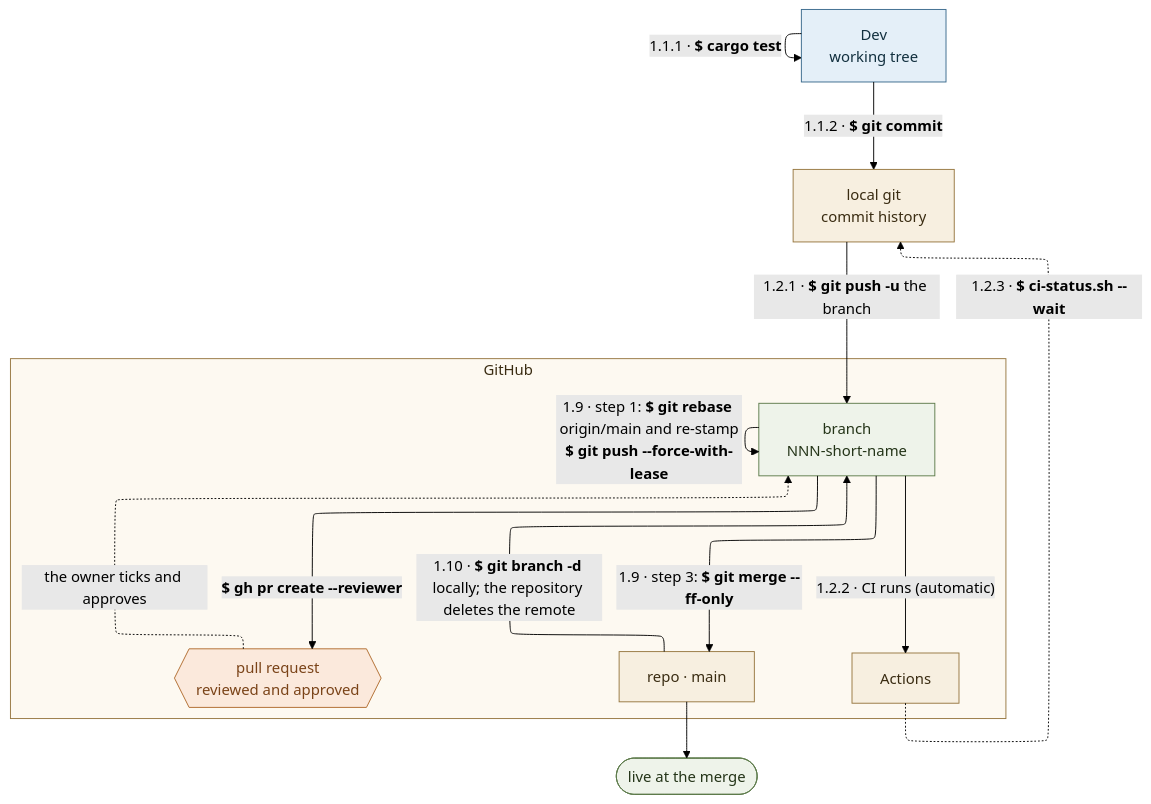
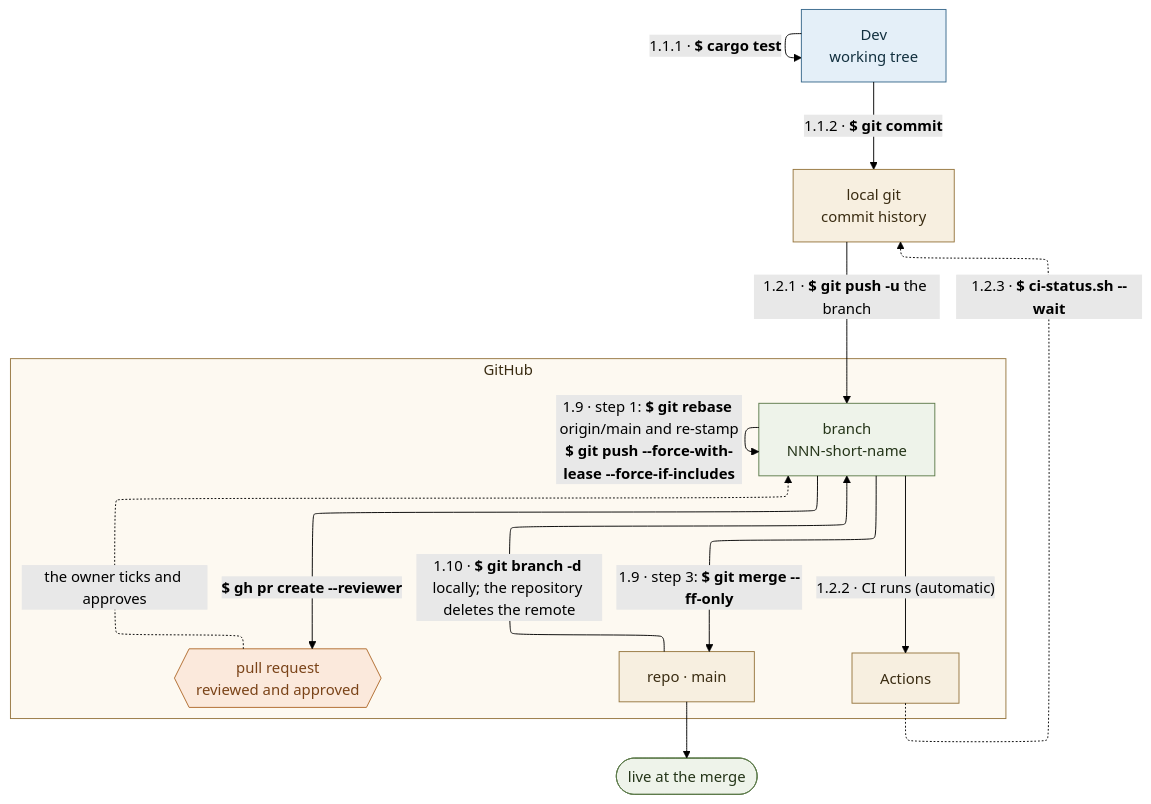
Before and after one commit to delphside/tile-lite-elite: the diagram in docs/diagrams/flavour-b-repository-change.mmd, drawn with Mermaid (forest theme). The commit also changed 1 other file, not shown here.

Commit message:
app 0.10.3 api 2.16: the repository-change diagram pushes with --force-if-includes
Round 3's review: the diagram's step 1.9 push now matches 4.3.3 §1.9.
Re-rendered with mermaid-cli 11.17.0 as docs/diagrams/README.md says.

Refs delphside/programme#249
Activity: weekly-digest
Initiative: CI-3

Claude-Session: https://claude.ai/code/session_014C8pM8EXqJyfczyYJntTqC

```diff
--- a/docs/diagrams/flavour-b-repository-change.mmd
+++ b/docs/diagrams/flavour-b-repository-change.mmd
@@ -1,54 +1,54 @@
 ---
 config:
   layout: elk
   elk:
     nodePlacementStrategy: BRANDES_KOEPF
 ---
 flowchart TB
     %% Flavour B — a repository change with a branch. docs/4.3.3, the flavours
     %% table. Runs 1.1, 1.2, then 1.9 steps 1 and 3, and 1.10.
     %% .
     %% Arrow numbers are docs/4.3.3 part 1 section numbers.
     %% .
     %% Why a branch at all, when a document-only change never takes one: B is
     %% for a change that must be held back while the old version is still
     %% needed. The branch exists to delay, not to review.
     %% .
     %% Nothing is deployed. It is live when it lands on main, which is what
     %% 'Repository Change' means — the artefacts are compiled into nothing.
     %% .
     %% 1.9 is drawn as two arrows because it is two steps and the order
     %% matters: step 1 rebases and re-stamps, so the SHA changes while it
     %% still can, then step 3 merges --ff-only, which must not change it.
     DEV["Dev<br/>working tree"]
     LG["local git<br/>commit history"]
     subgraph GH["GitHub"]
         BR["branch<br/>NNN-short-name"]
         PR{{"pull request<br/>reviewed and approved"}}
         MAIN["repo · main"]
         ACT["Actions"]
     end
     LIVE(["live at the merge"])
 
     DEV -->|"`1.1.1 · **$ cargo test**`"| DEV
     DEV -->|"`1.1.2 · **$ git commit**`"| LG
     LG -->|"`1.2.1 · **$ git push -u** the branch`"| BR
     BR -->|"1.2.2 · CI runs (automatic)"| ACT
     ACT -.->|"`1.2.3 · **$ ci-status.sh --wait**`"| LG
     BR -->|"`**$ gh pr create --reviewer**`"| PR
     PR -.->|"the owner ticks and approves"| BR
     BR -->|"`1.9 · step 1: **$ git rebase** origin/main and re-stamp
-**$ git push --force-with-lease**`"| BR
+**$ git push --force-with-lease --force-if-includes**`"| BR
     BR -->|"`1.9 · step 3: **$ git merge --ff-only**`"| MAIN
     MAIN --> LIVE
     MAIN -->|"`1.10 · **$ git branch -d** locally; the repository deletes the remote`"| BR
 
     classDef gate fill:#fbe9dc,stroke:#b06a2c,color:#7a4318
     classDef env fill:#e4eff8,stroke:#39698c,color:#12303f
     classDef repo fill:#f7efe0,stroke:#96763f,color:#3a2c12
     classDef branch fill:#eef3ea,stroke:#5c7a4a,color:#243418
     class DEV env
     class LG,MAIN,ACT repo
     class BR,LIVE branch
     class PR gate
     style GH fill:#fdf9f1,stroke:#96763f,color:#3a2c12
```
